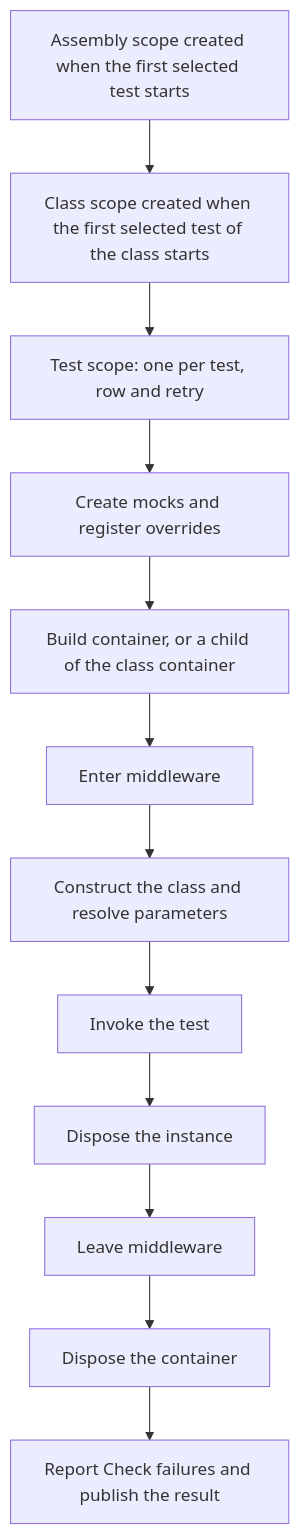
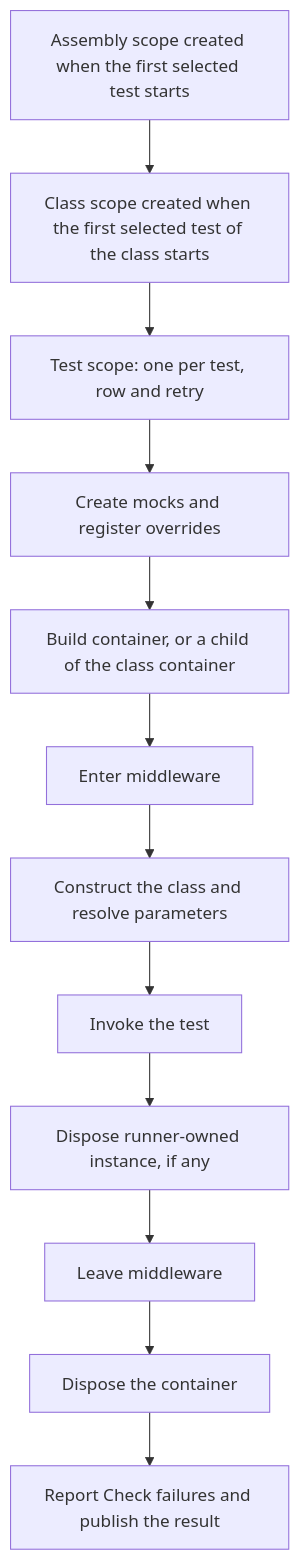
The diagram in docs/design/tests.md (ipjohnson/VerificationGlue), drawn with Mermaid before and after one commit. The commit also changed other lines of this file, not shown here.

````diff
--- a/docs/design/tests.md
+++ b/docs/design/tests.md
@@ -135,14 +141,14 @@
 ```mermaid
 flowchart TD
     A["Assembly scope created when the first selected test starts"] --> C["Class scope created when the first selected test of the class starts"]
     C --> T1["Test scope: one per test, row and retry"]
     T1 --> S1["Create mocks and register overrides"]
     S1 --> S2["Build container, or a child of the class container"]
     S2 --> S3["Enter middleware"]
     S3 --> S4["Construct the class and resolve parameters"]
     S4 --> S5["Invoke the test"]
-    S5 --> S6["Dispose the instance"]
+    S5 --> S6["Dispose runner-owned instance, if any"]
     S6 --> S7["Leave middleware"]
     S7 --> S8["Dispose the container"]
     S8 --> S9["Report Check failures and publish the result"]
 ```
````
